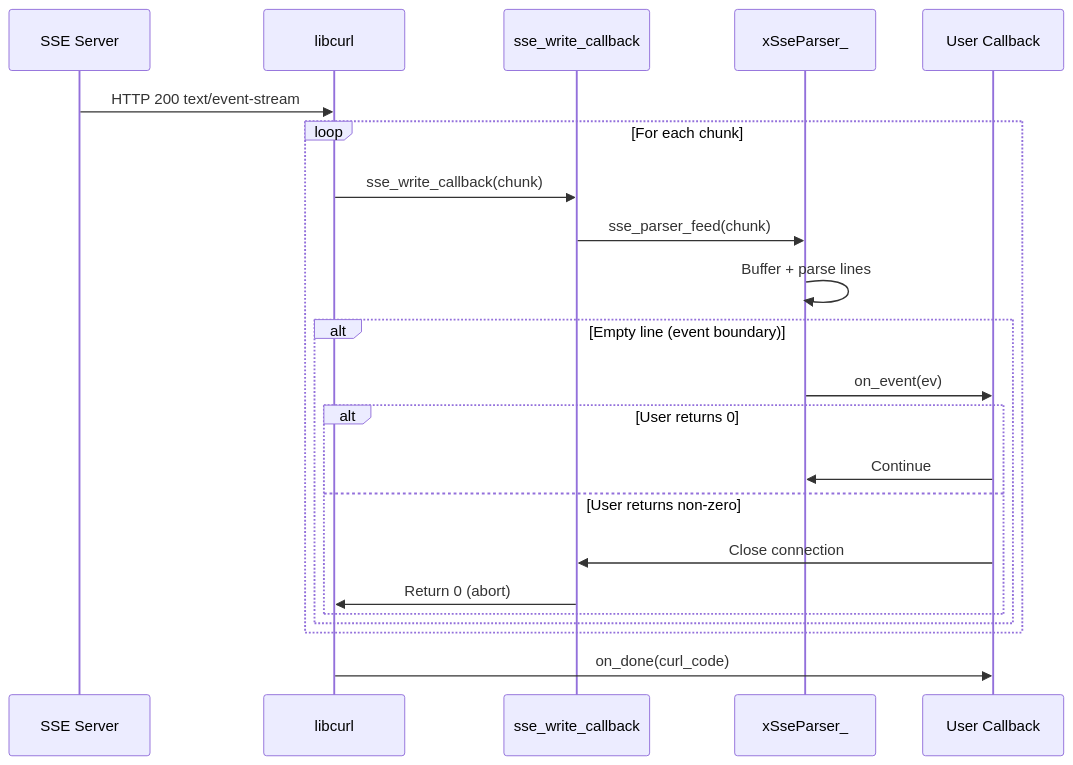
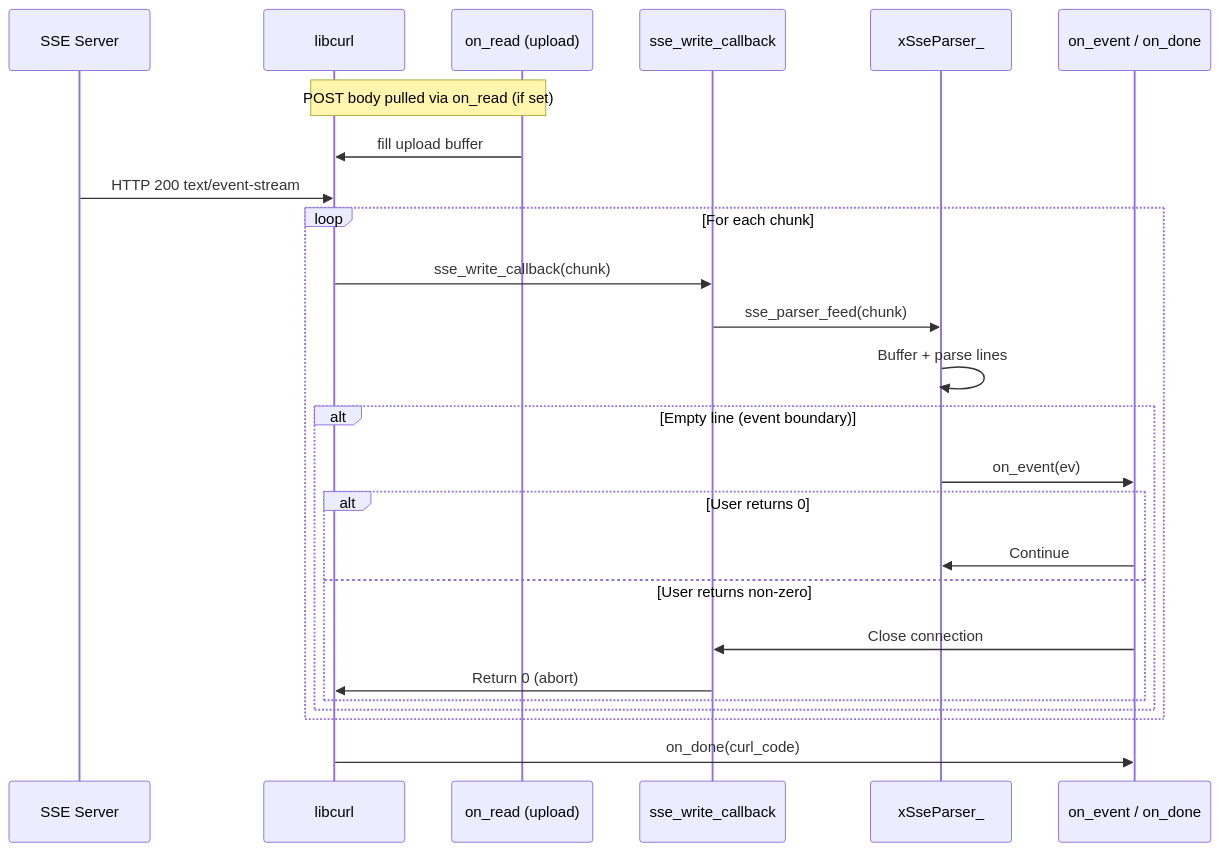
One commit to mivinci/x changed the third of 3 diagrams in docs/libx/http/sse.md. Above: the diagram before and after it, drawn with Mermaid. The commit also changed other lines of this file and 6 other files, not shown here.

````diff
--- a/docs/libx/http/sse.md
+++ b/docs/libx/http/sse.md
@@ -282,25 +298,28 @@
 ```mermaid
 sequenceDiagram
     participant Server as SSE Server
     participant Curl as libcurl
+    participant Reader as on_read (upload)
     participant Writer as sse_write_callback
     participant Parser as xSseParser_
-    participant User as User Callback
+    participant User as on_event / on_done
 
+    Note over Reader,Curl: POST body pulled via on_read (if set)
+    Reader->>Curl: fill upload buffer
     Server->>Curl: HTTP 200 text/event-stream
     loop For each chunk
         Curl->>Writer: sse_write_callback(chunk)
         Writer->>Parser: sse_parser_feed(chunk)
         Parser->>Parser: Buffer + parse lines
         alt Empty line (event boundary)
             Parser->>User: on_event(ev)
             alt User returns 0
                 User->>Parser: Continue
             else User returns non-zero
                 User->>Writer: Close connection
                 Writer->>Curl: Return 0 (abort)
             end
         end
     end
     Curl->>User: on_done(curl_code)
 ```
````
